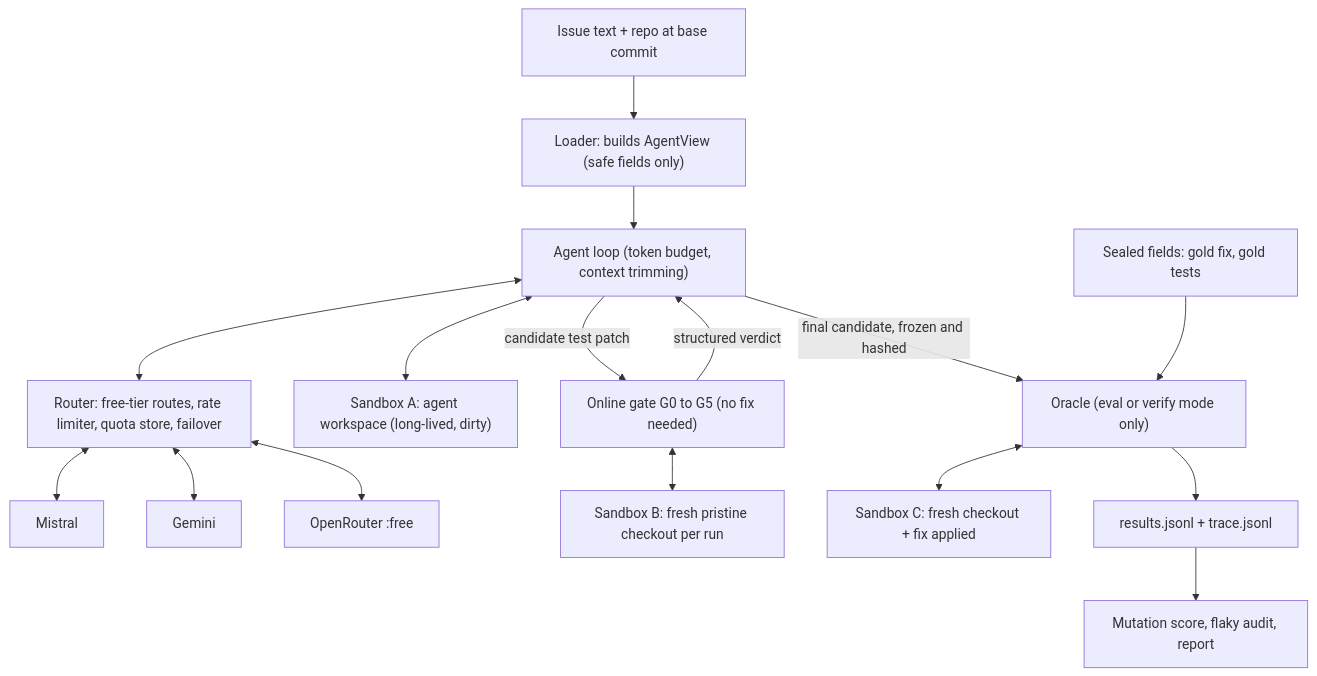
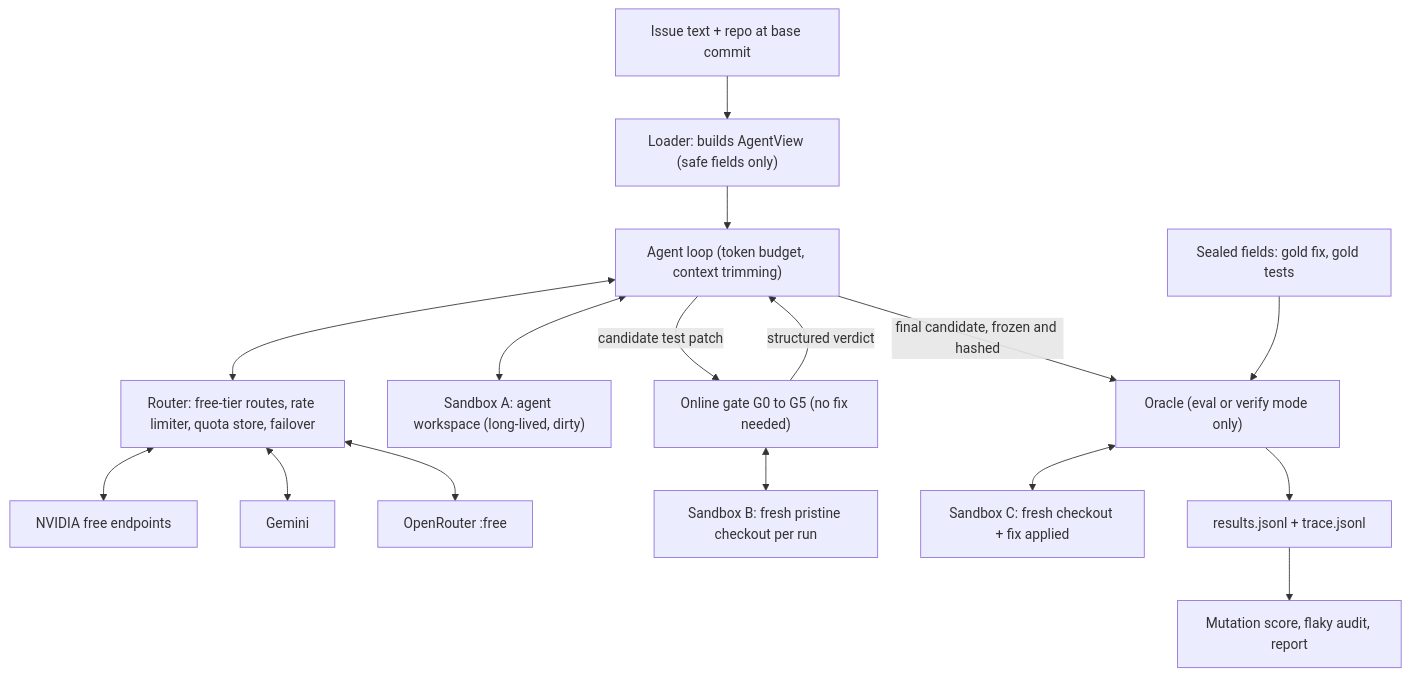
One commit to jsm05/repro changed the diagram in DESIGN.md. Above: the diagram before and after it, drawn with Mermaid. The commit also changed other lines of this file and 6 other files, not shown here.

Commit message:
Docs: switch primary model to Mistral Large 4 on NVIDIA's free endpoint, record E0 results

````diff
--- a/DESIGN.md
+++ b/DESIGN.md
@@ -81,18 +81,18 @@
 ```mermaid
 flowchart TD
     I["Issue text + repo at base commit"] --> LD["Loader: builds AgentView (safe fields only)"]
     LD --> AG["Agent loop (token budget, context trimming)"]
     AG <--> RT["Router: free-tier routes, rate limiter, quota store, failover"]
-    RT <--> P1["Mistral"]
+    RT <--> P1["NVIDIA free endpoints"]
     RT <--> P2["Gemini"]
     RT <--> P3["OpenRouter :free"]
     AG <--> WS["Sandbox A: agent workspace (long-lived, dirty)"]
     AG -->|"candidate test patch"| GT["Online gate G0 to G5 (no fix needed)"]
     GT <--> PS["Sandbox B: fresh pristine checkout per run"]
     GT -->|"structured verdict"| AG
     AG -->|"final candidate, frozen and hashed"| OR["Oracle (eval or verify mode only)"]
     SL["Sealed fields: gold fix, gold tests"] --> OR
     OR <--> FS["Sandbox C: fresh checkout + fix applied"]
     OR --> RS["results.jsonl + trace.jsonl"]
     RS --> MT["Mutation score, flaky audit, report"]
 ```
````
